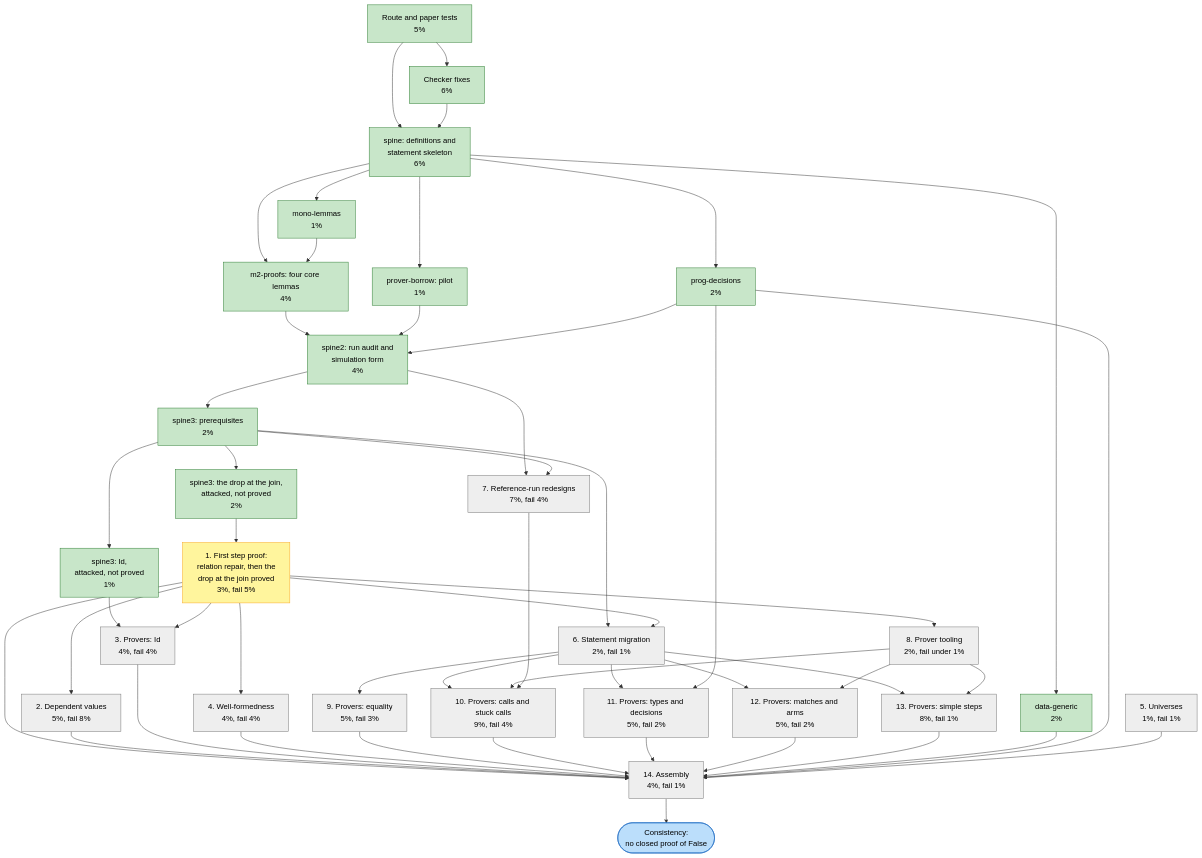
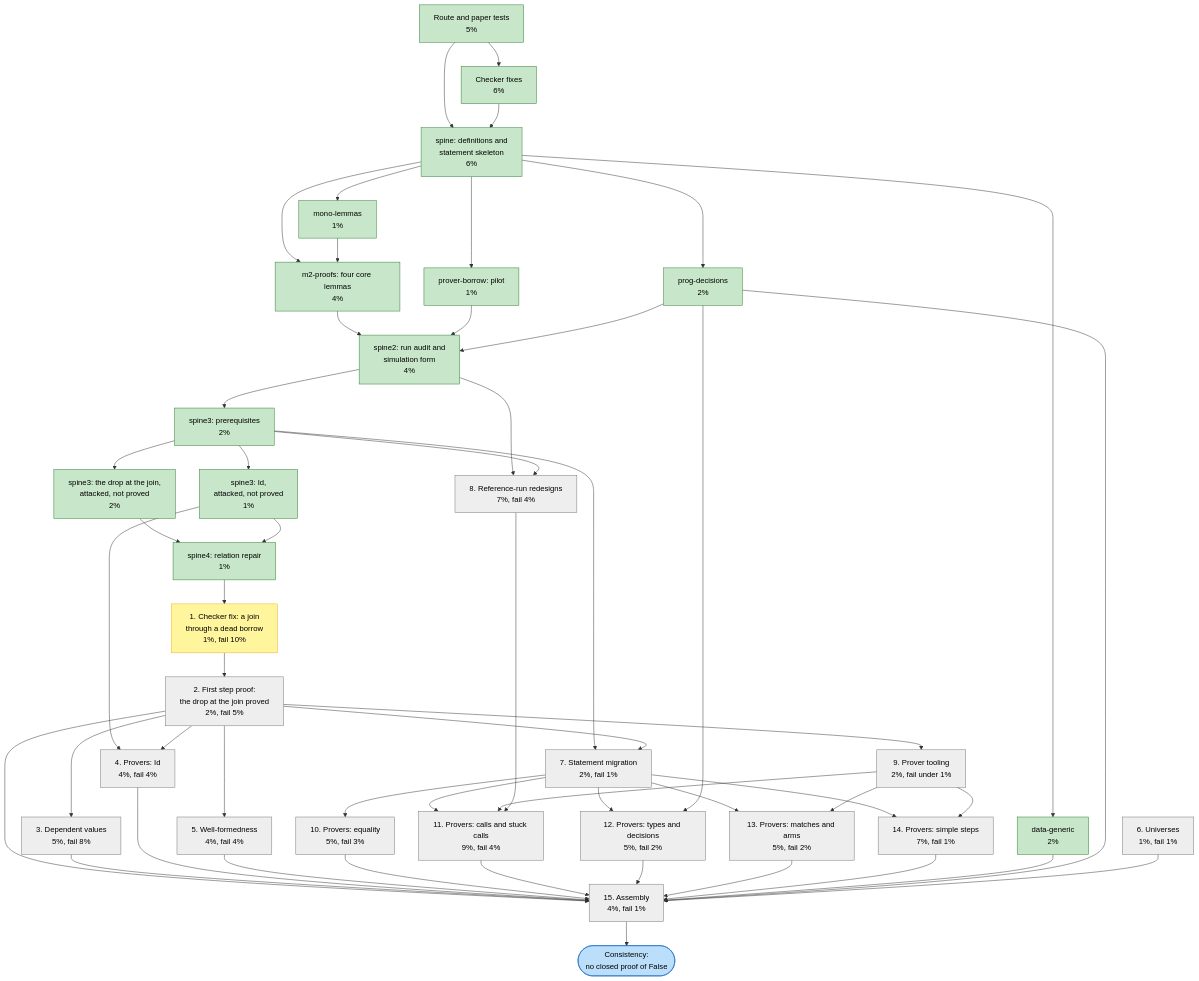
The diagram in ochr/docs/32-consistency-work-units.md (charlielidbury/ochre), drawn with Mermaid before and after one commit. The commit also changed other lines of this file, not shown here.

First line of the commit message:
ochr/docs/32: a checker fault found by the first step proof; its fix is unit 1

```diff
--- a/ochr/docs/32-consistency-work-units.md
+++ b/ochr/docs/32-consistency-work-units.md
@@ -84,22 +86,25 @@
     joinDrop["spine3: the drop at the join,<br/>attacked, not proved<br/>2%"]:::done
     idAtk["spine3: Id,<br/>attacked, not proved<br/>1%"]:::done
 
-    pilot["1. First step proof:<br/>relation repair, then the<br/>drop at the join proved<br/>3%, fail 5%"]:::running
-    dep["2. Dependent values<br/>5%, fail 8%"]:::todo
-    idn["3. Provers: Id<br/>4%, fail 4%"]:::todo
-    wf["4. Well-formedness<br/>4%, fail 4%"]:::todo
-    universes["5. Universes<br/>1%, fail 1%"]:::todo
-    migrate["6. Statement migration<br/>2%, fail 1%"]:::todo
-    redesign["7. Reference-run redesigns<br/>7%, fail 4%"]:::todo
-    tooling["8. Prover tooling<br/>2%, fail under 1%"]:::todo
+    relRepair["spine4: relation repair<br/>1%"]:::done
 
-    pEq["9. Provers: equality<br/>5%, fail 3%"]:::todo
-    pCalls["10. Provers: calls and stuck calls<br/>9%, fail 4%"]:::todo
-    pTypes["11. Provers: types and decisions<br/>5%, fail 2%"]:::todo
-    pMatch["12. Provers: matches and arms<br/>5%, fail 2%"]:::todo
-    pSimple["13. Provers: simple steps<br/>8%, fail 1%"]:::todo
+    fix["1. Checker fix: a join<br/>through a dead borrow<br/>1%, fail 10%"]:::running
+    pilot["2. First step proof:<br/>the drop at the join proved<br/>2%, fail 5%"]:::todo
+    dep["3. Dependent values<br/>5%, fail 8%"]:::todo
+    idn["4. Provers: Id<br/>4%, fail 4%"]:::todo
+    wf["5. Well-formedness<br/>4%, fail 4%"]:::todo
+    universes["6. Universes<br/>1%, fail 1%"]:::todo
+    migrate["7. Statement migration<br/>2%, fail 1%"]:::todo
+    redesign["8. Reference-run redesigns<br/>7%, fail 4%"]:::todo
+    tooling["9. Prover tooling<br/>2%, fail under 1%"]:::todo
 
-    assembly["14. Assembly<br/>4%, fail 1%"]:::todo
+    pEq["10. Provers: equality<br/>5%, fail 3%"]:::todo
+    pCalls["11. Provers: calls and stuck calls<br/>9%, fail 4%"]:::todo
+    pTypes["12. Provers: types and decisions<br/>5%, fail 2%"]:::todo
+    pMatch["13. Provers: matches and arms<br/>5%, fail 2%"]:::todo
+    pSimple["14. Provers: simple steps<br/>7%, fail 1%"]:::todo
+
+    assembly["15. Assembly<br/>4%, fail 1%"]:::todo
     goal(["Consistency:<br/>no closed proof of False"]):::goal
 
     tests --> fixes
@@ -121,7 +126,10 @@
     spine3a --> idAtk
     spine3a --> redesign
     spine3a --> migrate
-    joinDrop --> pilot
+    joinDrop --> relRepair
+    idAtk --> relRepair
+    relRepair --> fix
+    fix --> pilot
     idAtk --> idn
 
     pilot --> dep
```
